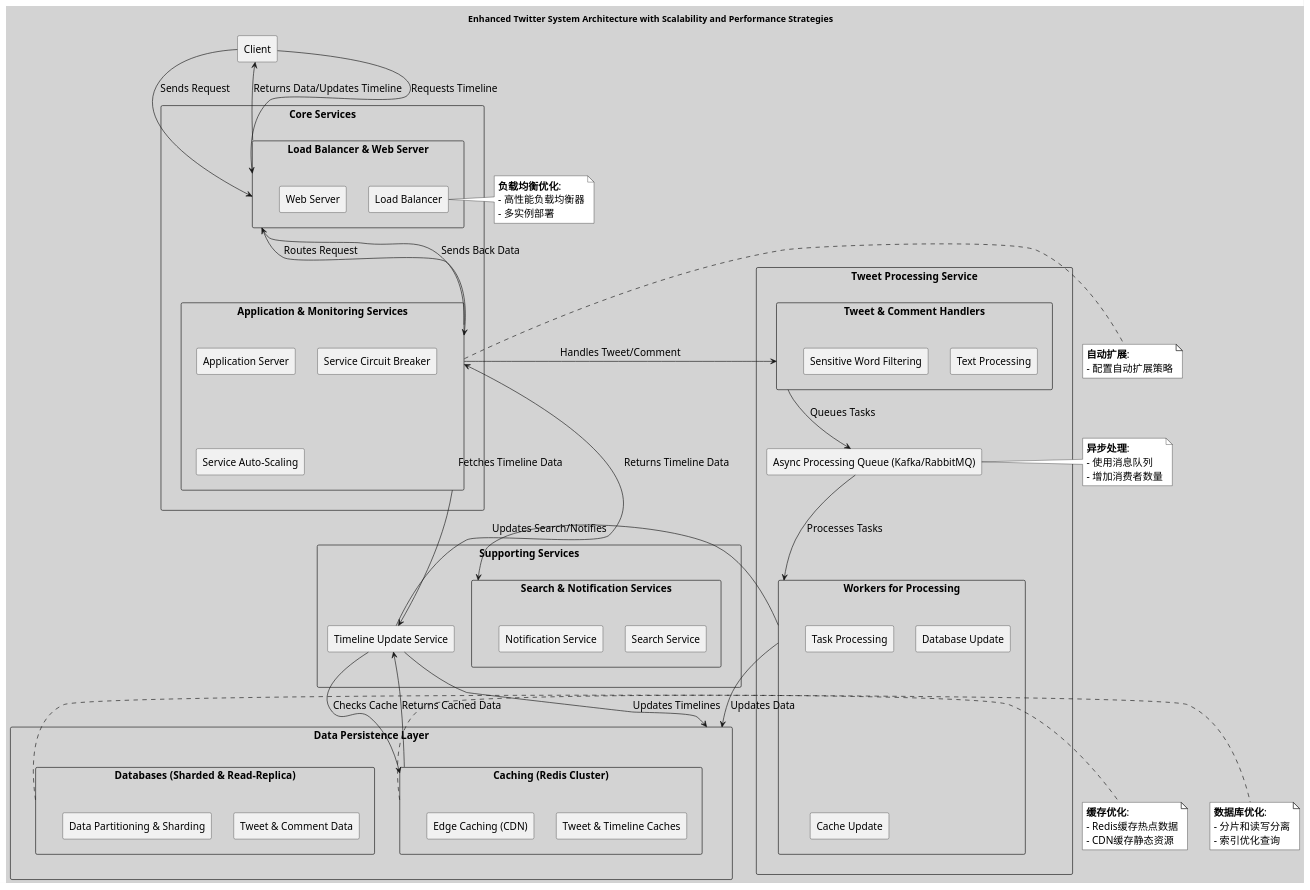
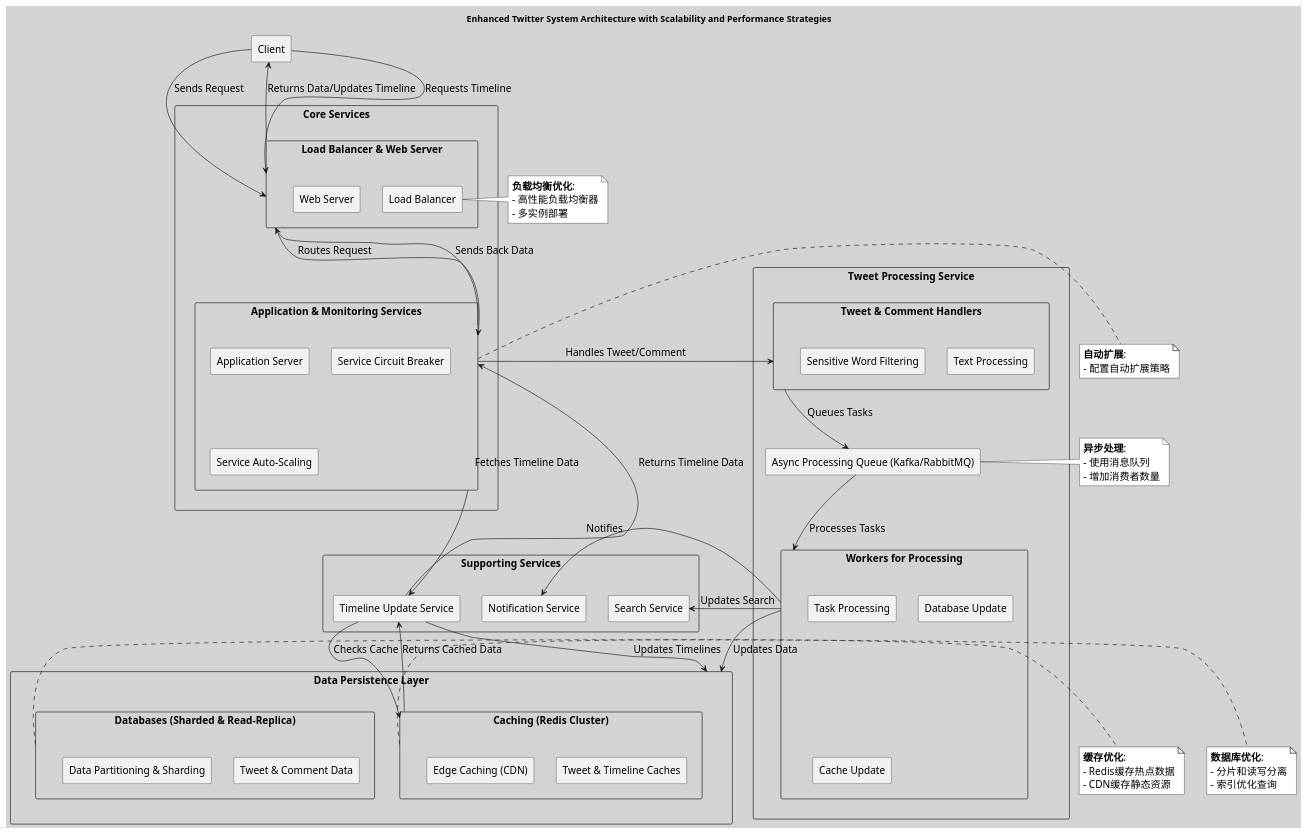
Before and after one commit to huangyingw/system_design: the diagram in twitter/tweet_system_detailed_architecture.puml, drawn with PlantUML.

```diff
--- a/twitter/tweet_system_detailed_architecture.puml
+++ b/twitter/tweet_system_detailed_architecture.puml
@@ -1,108 +1,107 @@
 @startuml
 
 skinparam backgroundColor #D3D3D3
 skinparam defaultFontName "Arial"
 skinparam defaultFontSize 16
 skinparam note {
   BackgroundColor #FFFFFF
   BorderColor #000000
   FontSize 16
   FontName "Arial"
 }
 
 title Enhanced Twitter System Architecture with Scalability and Performance Strategies
 
 rectangle "Client" as Client
 
 rectangle "Core Services" as Core {
     rectangle "Load Balancer & Web Server" as LBWS {
         rectangle "Load Balancer" as LB
         rectangle "Web Server" as WS
     }
     rectangle "Application & Monitoring Services" as AMS {
         rectangle "Application Server" as AS
         rectangle "Service Circuit Breaker" as SCB
         rectangle "Service Auto-Scaling" as SAS
     }
 }
 
 rectangle "Tweet Processing Service" as TPS {
     rectangle "Tweet & Comment Handlers" as TCH {
         rectangle "Text Processing" as TP
         rectangle "Sensitive Word Filtering" as SWF
     }
     rectangle "Async Processing Queue (Kafka/RabbitMQ)" as APQ
     rectangle "Workers for Processing" as Workers {
         rectangle "Task Processing" as TProc
         rectangle "Database Update" as DBU
         rectangle "Cache Update" as CU
     }
 }
 
 rectangle "Supporting Services" as SS {
-    rectangle "Search & Notification Services" as SNS {
-        rectangle "Search Service" as SSrv
-        rectangle "Notification Service" as NSrv
-    }
+    rectangle "Search Service" as SSrv
+    rectangle "Notification Service" as NSrv
     rectangle "Timeline Update Service" as TUS
 }
 
 rectangle "Data Persistence Layer" as DPS {
     rectangle "Caching (Redis Cluster)" as Cache {
         rectangle "Tweet & Timeline Caches" as TTC
         rectangle "Edge Caching (CDN)" as EC
     }
     rectangle "Databases (Sharded & Read-Replica)" as DB {
         rectangle "Tweet & Comment Data" as TCD
         rectangle "Data Partitioning & Sharding" as DPSH
     }
 }
 
 ' Define data flows
 Client -down-> LBWS : Sends Request
 LBWS -down-> AMS : Routes Request
 AMS -right-> TCH : Handles Tweet/Comment
 TCH -down-> APQ : Queues Tasks
 APQ -down-> Workers : Processes Tasks
 Workers -down-> DPS : Updates Data
-Workers -left-> SNS : Updates Search/Notifies
+Workers -left-> SSrv : Updates Search
+Workers -left-> NSrv : Notifies
 TUS -down-> DPS : Updates Timelines
 Client -left-> LBWS : Requests Timeline
 AMS -down-> TUS : Fetches Timeline Data
 TUS -left-> Cache : Checks Cache
 Cache -down-> TUS : Returns Cached Data
 TUS -up-> AMS : Returns Timeline Data
 AMS -up-> LBWS : Sends Back Data
 LBWS -up-> Client : Returns Data/Updates Timeline
 
 ' Performance Optimization Notes
 note right of LB
   **负载均衡优化**:
   - 高性能负载均衡器
   - 多实例部署
 end note
 
 note right of Cache
   **缓存优化**:
   - Redis缓存热点数据
   - CDN缓存静态资源
 end note
 
 note right of DB
   **数据库优化**:
   - 分片和读写分离
   - 索引优化查询
 end note
 
 note right of APQ
   **异步处理**:
   - 使用消息队列
   - 增加消费者数量
 end note
 
 note right of AMS
   **自动扩展**:
   - 配置自动扩展策略
 end note
 
 @enduml
```
